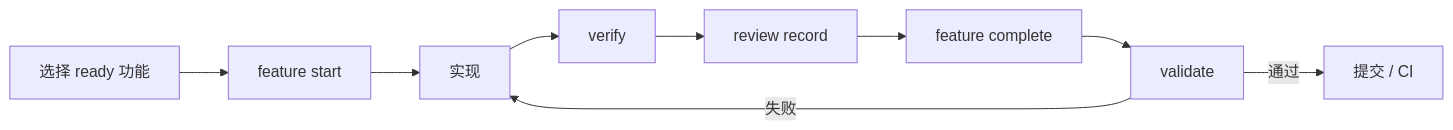
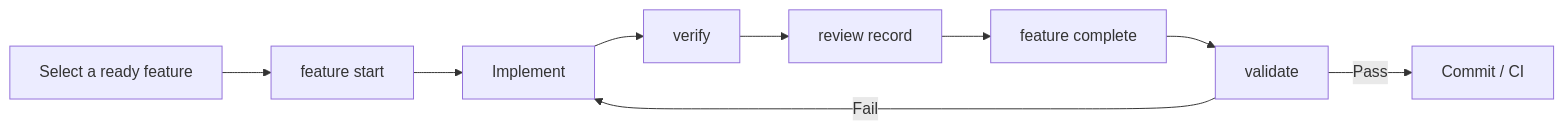
The diagram in index.mdx (Caesarlo/SDLC-Harness-docs), drawn with Mermaid before and after one commit. The commit also changed other lines of this file and 64 other files, not shown here.

````diff
--- a/index.mdx
+++ b/index.mdx
@@ -46,11 +46,11 @@
 ```mermaid placement="top-right" actions={true}
 flowchart LR
-  A["选择 ready 功能"] --> B["feature start"]
-  B --> C["实现"]
+  A["Select a ready feature"] --> B["feature start"]
+  B --> C["Implement"]
   C --> D["verify"]
   D --> E["review record"]
   E --> F["feature complete"]
   F --> G["validate"]
-  G -->|通过| H["提交 / CI"]
-  G -->|失败| C
+  G -->|Pass| H["Commit / CI"]
+  G -->|Fail| C
 ```
````
